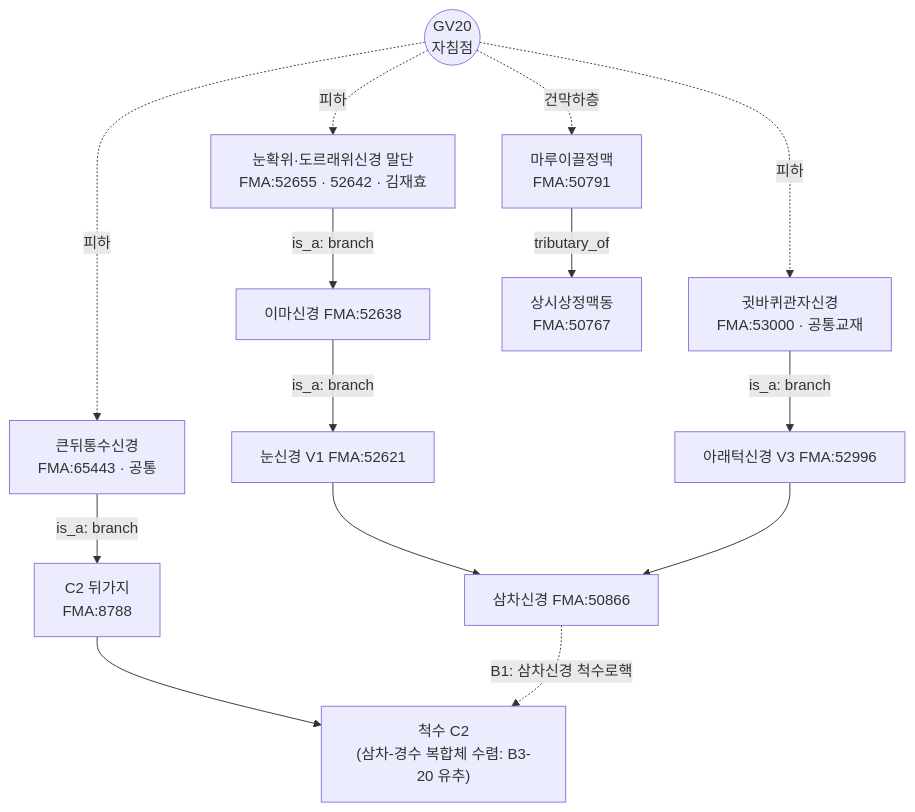
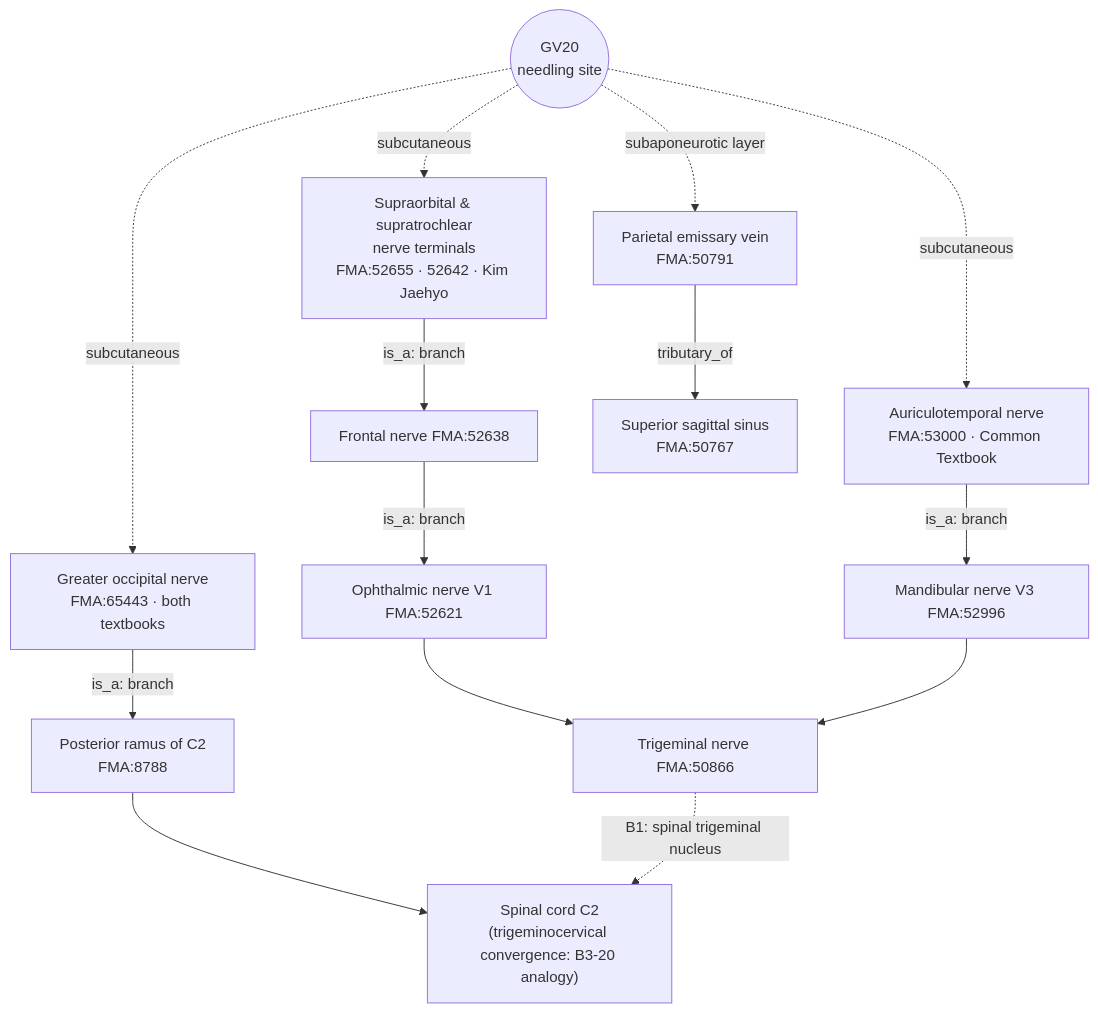
One commit to jaehyokim-sketch/acupoint_anatomy changed the diagram in 01_경혈별_해부생리_분석보고서/GV_독맥/GV20_백회/GV20_백회_해부생리_실체판명_보고서_en.md. Above: the diagram before and after it, drawn with Mermaid. The commit also changed other lines of this file and 199 other files, not shown here.

````diff
--- a/01_경혈별_해부생리_분석보고서/GV_독맥/GV20_백회/GV20_백회_해부생리_실체판명_보고서_en.md
+++ b/01_경혈별_해부생리_분석보고서/GV_독맥/GV20_백회/GV20_백회_해부생리_실체판명_보고서_en.md
@@ -268,16 +269,16 @@
 ```mermaid
 flowchart TB
-  P(("GV20<br/>자침점")) -.피하.-> GON["큰뒤통수신경<br/>FMA:65443 · 공통"]
-  P -.피하.-> SON["눈확위·도르래위신경 말단<br/>FMA:52655 · 52642 · 김재효"]
-  P -.피하.-> ATN["귓바퀴관자신경<br/>FMA:53000 · 공통교재"]
-  GON -- "is_a: branch" --> C2R["C2 뒤가지<br/>FMA:8788"]
-  C2R --> C2["척수 C2<br/>(삼차-경수 복합체 수렴: B3-20 유추)"]
-  SON -- "is_a: branch" --> FN["이마신경 FMA:52638"]
-  FN -- "is_a: branch" --> V1["눈신경 V1 FMA:52621"]
-  ATN -- "is_a: branch" --> V3["아래턱신경 V3 FMA:52996"]
-  V1 --> TRI["삼차신경 FMA:50866"]
+  P(("GV20<br/>needling site")) -.subcutaneous.-> GON["Greater occipital nerve<br/>FMA:65443 · both textbooks"]
+  P -.subcutaneous.-> SON["Supraorbital & supratrochlear<br/>nerve terminals<br/>FMA:52655 · 52642 · Kim Jaehyo"]
+  P -.subcutaneous.-> ATN["Auriculotemporal nerve<br/>FMA:53000 · Common Textbook"]
+  GON -- "is_a: branch" --> C2R["Posterior ramus of C2<br/>FMA:8788"]
+  C2R --> C2["Spinal cord C2<br/>(trigeminocervical convergence: B3-20 analogy)"]
+  SON -- "is_a: branch" --> FN["Frontal nerve FMA:52638"]
+  FN -- "is_a: branch" --> V1["Ophthalmic nerve V1 FMA:52621"]
+  ATN -- "is_a: branch" --> V3["Mandibular nerve V3 FMA:52996"]
+  V1 --> TRI["Trigeminal nerve FMA:50866"]
   V3 --> TRI
-  TRI -. "B1: 삼차신경 척수로핵" .-> C2
-  P -.건막하층.-> EV["마루이끌정맥<br/>FMA:50791"]
-  EV -- tributary_of --> SSS["상시상정맥동<br/>FMA:50767"]
+  TRI -. "B1: spinal trigeminal nucleus" .-> C2
+  P -.subaponeurotic layer.-> EV["Parietal emissary vein<br/>FMA:50791"]
+  EV -- tributary_of --> SSS["Superior sagittal sinus<br/>FMA:50767"]
 ```
````
